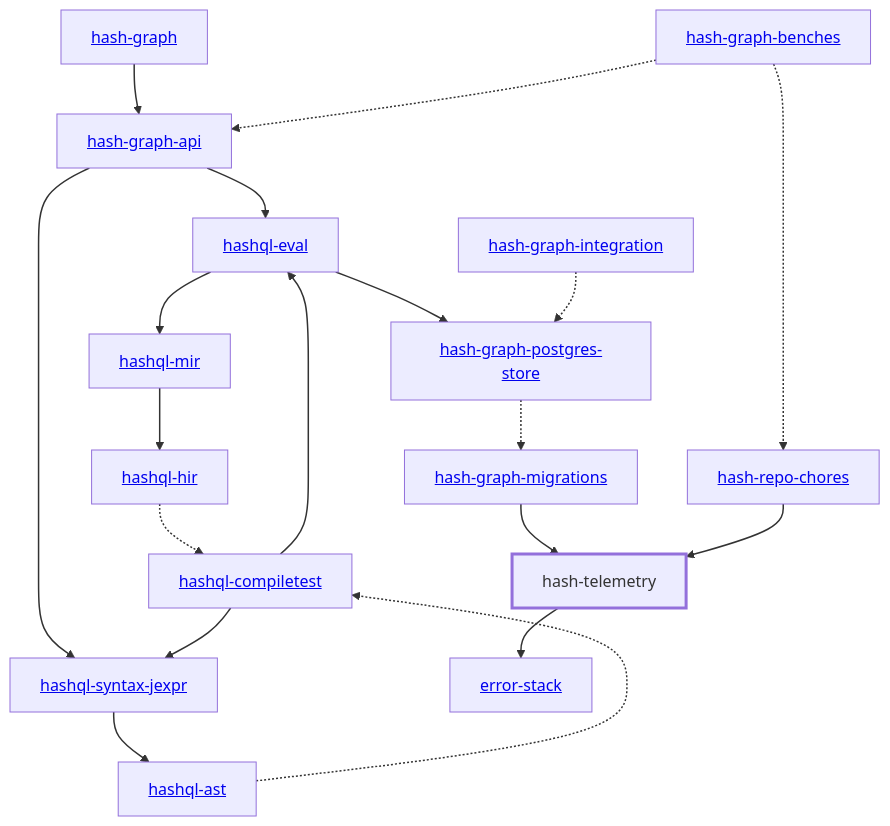
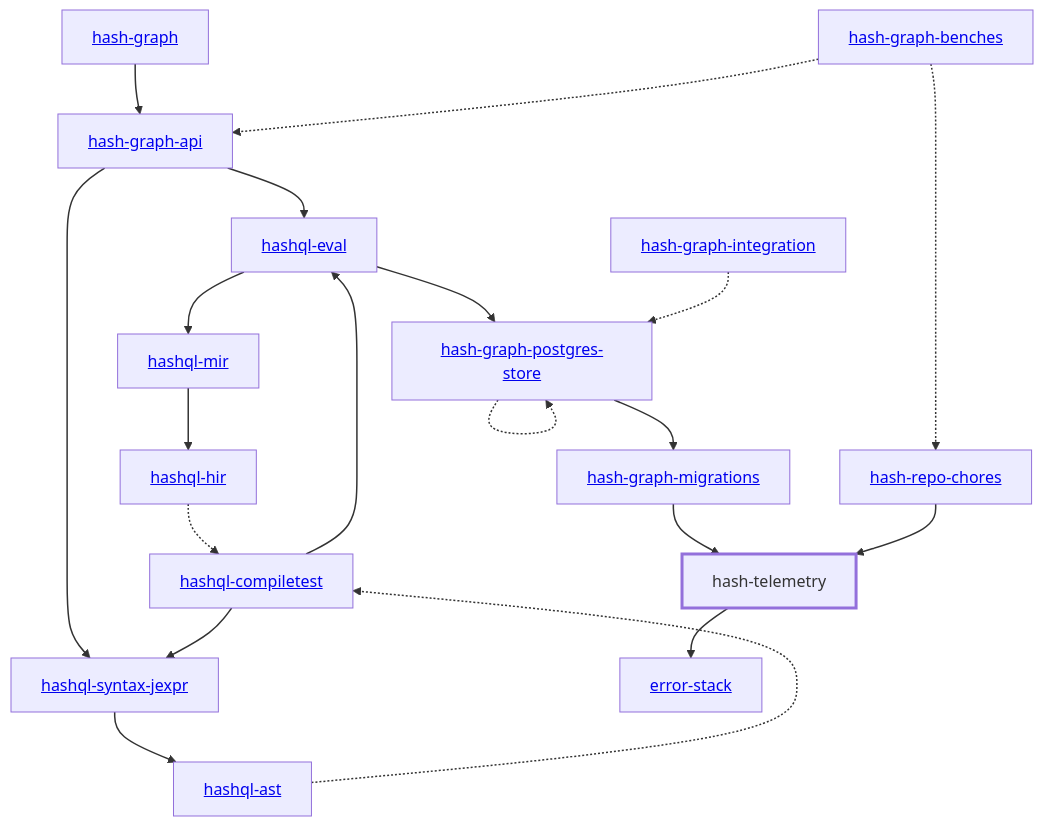
Before and after one commit to AKJUS/akin-hash: the diagram in libs/@local/telemetry/docs/dependency-diagram.mmd, drawn with Mermaid. The commit also changed 93 other files, not shown here.

```diff
--- a/libs/@local/telemetry/docs/dependency-diagram.mmd
+++ b/libs/@local/telemetry/docs/dependency-diagram.mmd
@@ -1,44 +1,45 @@
 graph TD
     linkStyle default stroke-width:1.5px
     classDef default stroke-width:1px
     classDef root stroke-width:3px
     classDef dev stroke-width:1px
     classDef build stroke-width:1px
     %% Legend
     %% --> : Normal dependency
     %% -.-> : Dev dependency
     %% ---> : Build dependency
     0[<a href="../hash_graph/index.html">hash-graph</a>]
     1[<a href="../hash_graph_api/index.html">hash-graph-api</a>]
     2[<a href="../hash_graph_migrations/index.html">hash-graph-migrations</a>]
     3[<a href="../hash_graph_postgres_store/index.html">hash-graph-postgres-store</a>]
     4[<a href="../hashql_ast/index.html">hashql-ast</a>]
     5[<a href="../hashql_compiletest/index.html">hashql-compiletest</a>]
     6[<a href="../hashql_eval/index.html">hashql-eval</a>]
     7[<a href="../hashql_hir/index.html">hashql-hir</a>]
     8[<a href="../hashql_mir/index.html">hashql-mir</a>]
     9[<a href="../hashql_syntax_jexpr/index.html">hashql-syntax-jexpr</a>]
     10[<a href="../hash_repo_chores/index.html">hash-repo-chores</a>]
     11[hash-telemetry]
     class 11 root
     12[<a href="../error_stack/index.html">error-stack</a>]
     13[<a href="../hash_graph_benches/index.html">hash-graph-benches</a>]
     14[<a href="../hash_graph_integration/index.html">hash-graph-integration</a>]
     0 --> 1
     1 --> 6
     1 --> 9
     2 --> 11
-    3 -.-> 2
+    3 --> 2
+    3 -.-> 3
     4 -.-> 5
     5 --> 6
     5 --> 9
     6 --> 3
     6 --> 8
     7 -.-> 5
     8 --> 7
     9 --> 4
     10 --> 11
     11 --> 12
     13 -.-> 1
     13 -.-> 10
     14 -.-> 3
```
